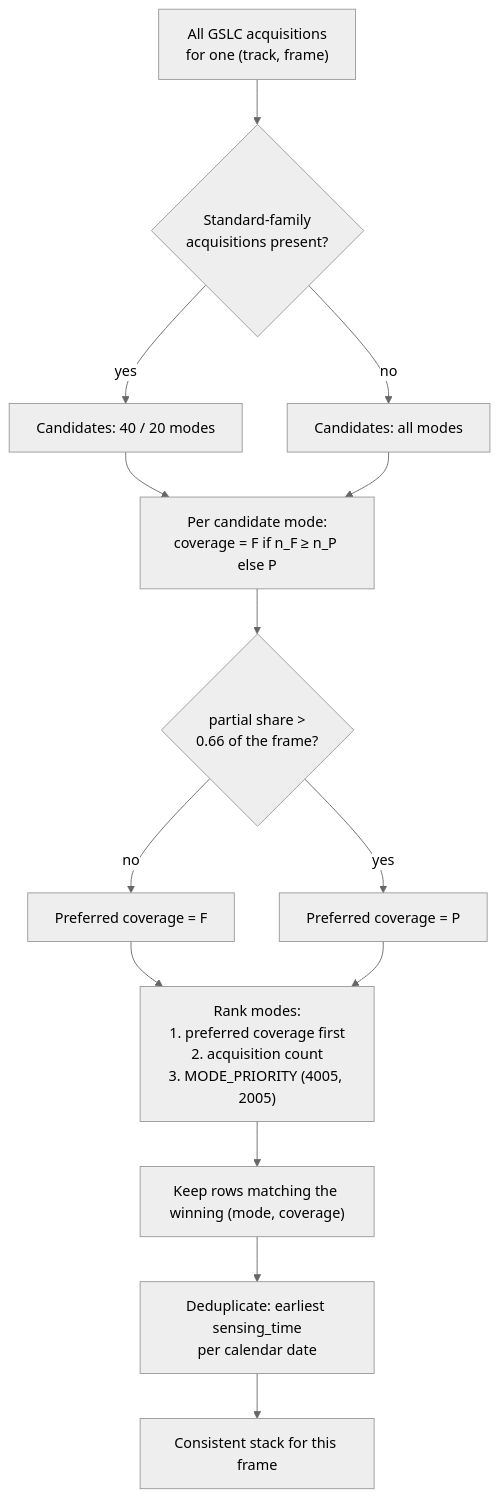
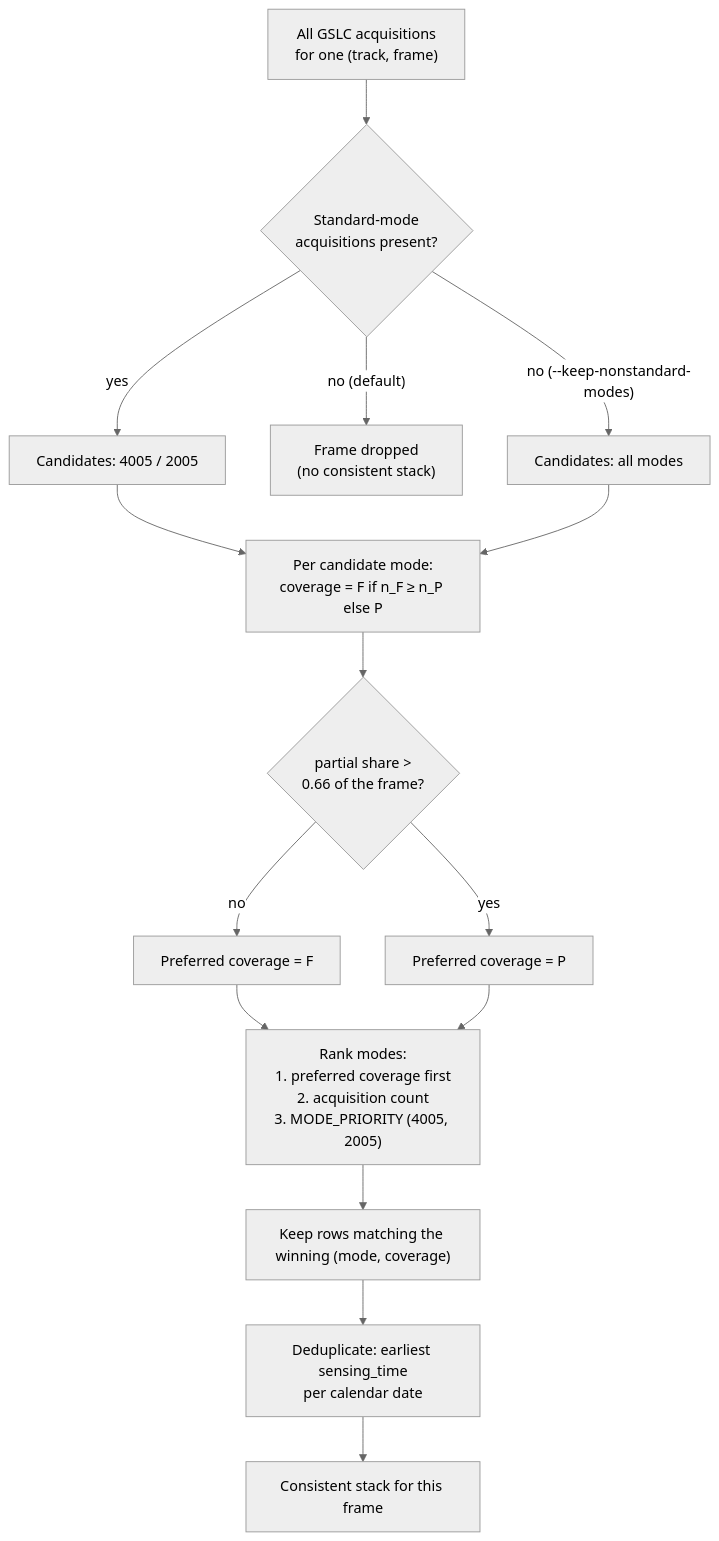
The second of 3 diagrams in docs/background/consistent-mode.md (opera-adt/nisar_db), drawn with Mermaid (neutral theme) before and after one commit. The commit also changed other lines of this file and 6 other files, not shown here.

First line of the commit message:
feat(consistent-gslc): drop frames with no standard-mode stack (#25)

````diff
--- a/docs/background/consistent-mode.md
+++ b/docs/background/consistent-mode.md
@@ -143,16 +146,17 @@
 ```mermaid
 flowchart TD
-    S["All GSLC acquisitions<br/>for one (track, frame)"] --> M{"Standard-family<br/>acquisitions present?"}
-    M -- yes --> M1["Candidates: 40 / 20 modes"]
-    M -- no --> M2["Candidates: all modes"]
+    S["All GSLC acquisitions<br/>for one (track, frame)"] --> M{"Standard-mode<br/>acquisitions present?"}
+    M -- yes --> M1["Candidates: 4005 / 2005"]
+    M -- "no (default)" --> X["Frame dropped<br/>(no consistent stack)"]
+    M -- "no (--keep-nonstandard-modes)" --> M2["Candidates: all modes"]
     M1 --> P["Per candidate mode:<br/>coverage = F if n_F ≥ n_P else P"]
     M2 --> P
     P --> T{"partial share ><br/>0.66 of the frame?"}
     T -- no --> RF["Preferred coverage = F"]
     T -- yes --> RP["Preferred coverage = P"]
     RF --> R["Rank modes:<br/>1. preferred coverage first<br/>2. acquisition count<br/>3. MODE_PRIORITY (4005, 2005)"]
     RP --> R
     R --> D["Keep rows matching the winning (mode, coverage)"]
     D --> E["Deduplicate: earliest sensing_time<br/>per calendar date"]
     E --> O["Consistent stack for this frame"]
 ```
````
